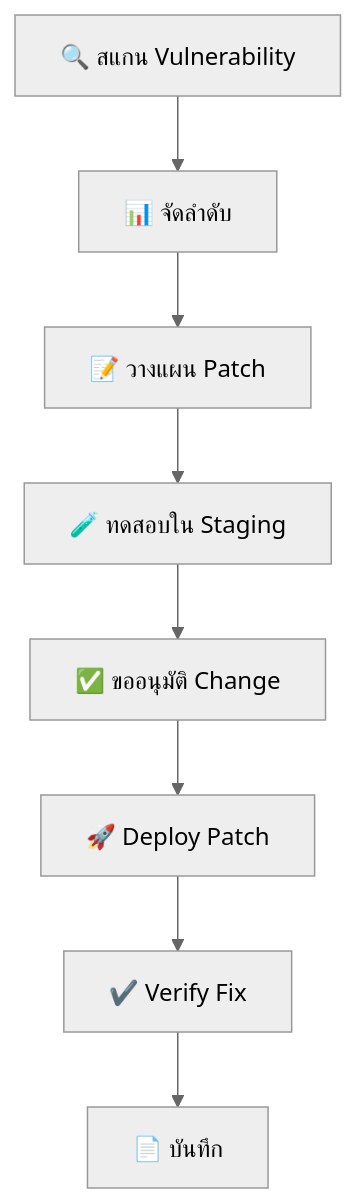
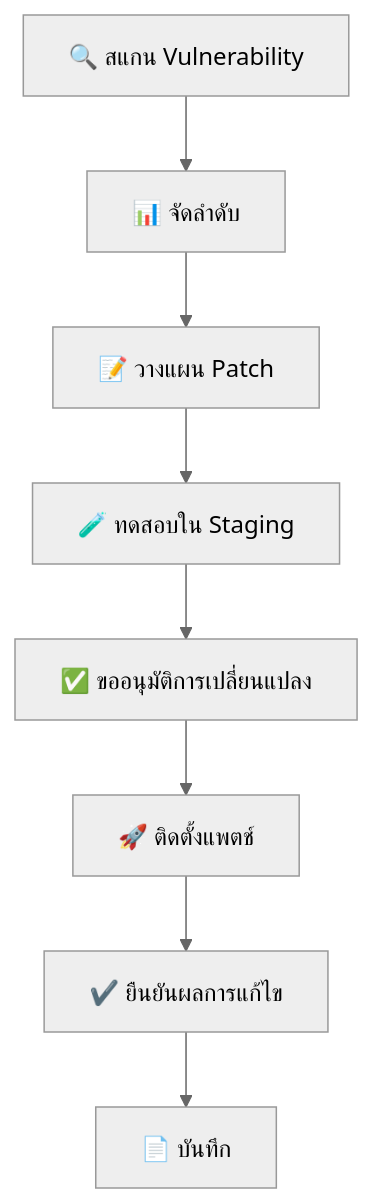
The third of 3 diagrams in 06_Operations_Management/Vulnerability_Management.th.md (nutthakorn7/SOC-Standard-Operating-Procedures), drawn with Mermaid (neutral theme) before and after one commit. The commit also changed 7 other files, not shown here.

````diff
--- a/06_Operations_Management/Vulnerability_Management.th.md
+++ b/06_Operations_Management/Vulnerability_Management.th.md
@@ -164,10 +164,10 @@
 ```mermaid
 graph TD
     Scan["🔍 สแกน Vulnerability"] --> Prioritize["📊 จัดลำดับ"]
     Prioritize --> Plan["📝 วางแผน Patch"]
     Plan --> Test["🧪 ทดสอบใน Staging"]
-    Test --> Approve["✅ ขออนุมัติ Change"]
-    Approve --> Deploy["🚀 Deploy Patch"]
-    Deploy --> Verify["✔️ Verify Fix"]
+    Test --> Approve["✅ ขออนุมัติการเปลี่ยนแปลง"]
+    Approve --> Deploy["🚀 ติดตั้งแพตช์"]
+    Deploy --> Verify["✔️ ยืนยันผลการแก้ไข"]
     Verify --> Document["📄 บันทึก"]
 ```
````
